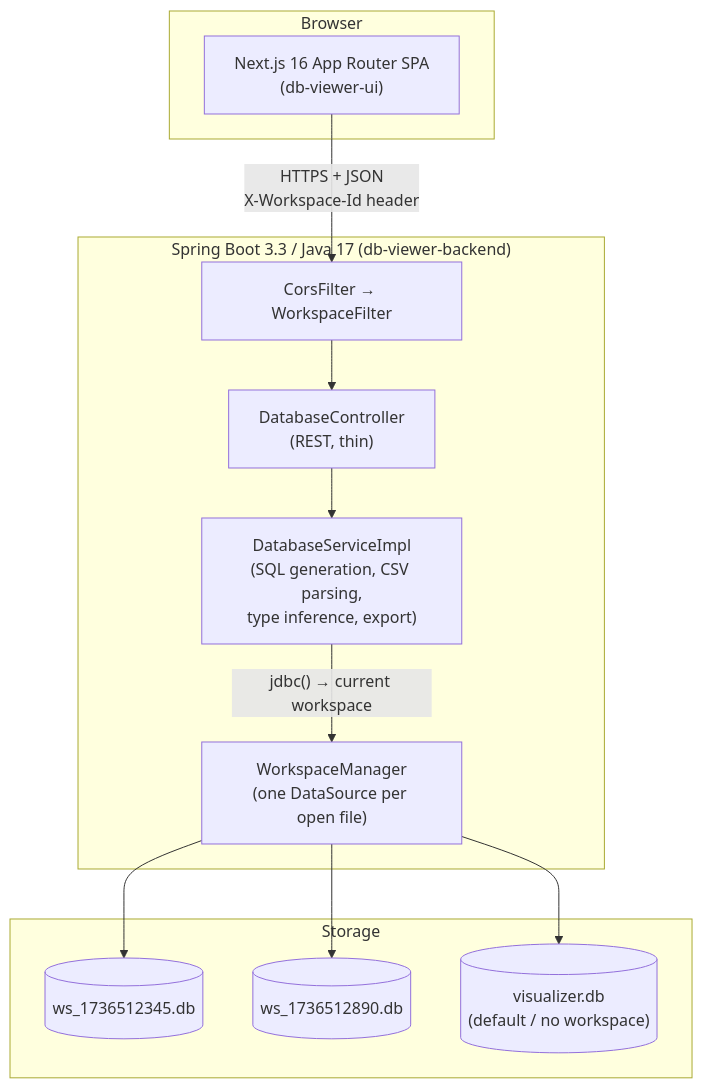
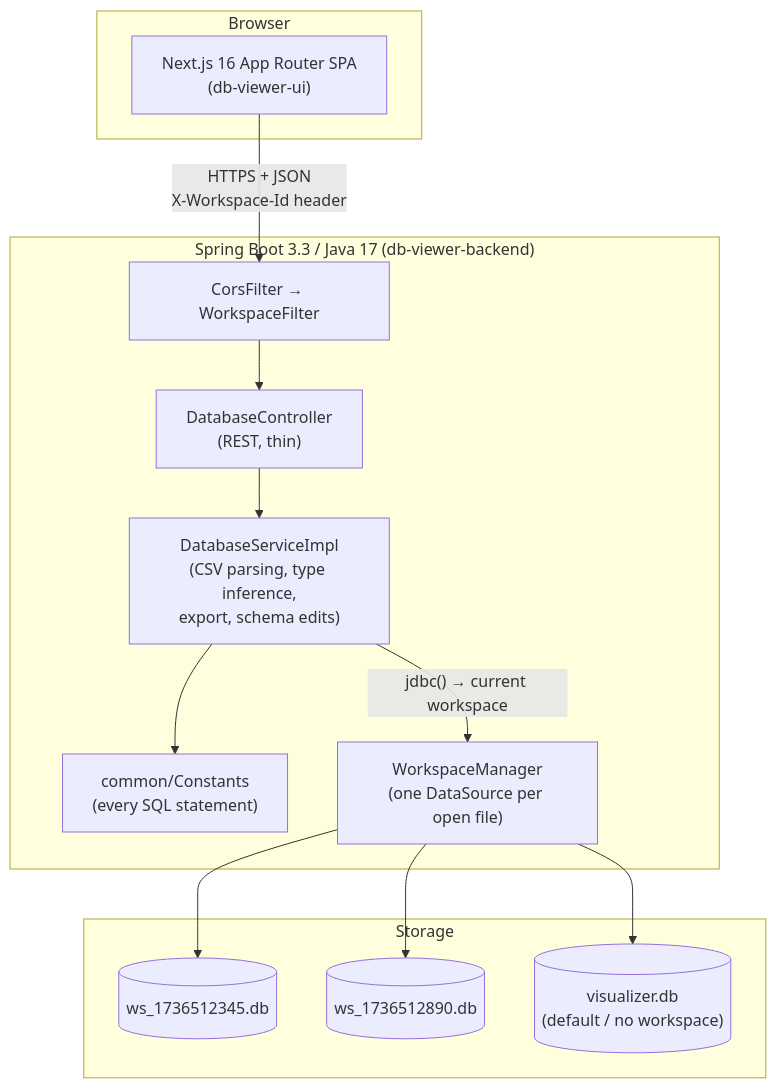
Before and after one commit to Srivatsa-Nayak/db-viewer: the first of 7 diagrams in docs/SYSTEM-DESIGN.md, drawn with Mermaid. The commit also changed other lines of this file and 132 other files, not shown here.

````diff
--- a/docs/SYSTEM-DESIGN.md
+++ b/docs/SYSTEM-DESIGN.md
@@ -31,27 +31,29 @@
 ```mermaid
 flowchart TB
     subgraph Browser["Browser"]
         UI["Next.js 16 App Router SPA<br/>(db-viewer-ui)"]
     end
 
     subgraph Server["Spring Boot 3.3 / Java 17 (db-viewer-backend)"]
         FILTERS["CorsFilter → WorkspaceFilter"]
         CTRL["DatabaseController<br/>(REST, thin)"]
-        SVC["DatabaseServiceImpl<br/>(SQL generation, CSV parsing,<br/>type inference, export)"]
+        SVC["DatabaseServiceImpl<br/>(CSV parsing, type inference,<br/>export, schema edits)"]
+        CONST["common/Constants<br/>(every SQL statement)"]
         WSM["WorkspaceManager<br/>(one DataSource per open file)"]
+        SVC --> CONST
     end
 
     subgraph Storage["Storage"]
         DB1[("ws_1736512345.db")]
         DB2[("ws_1736512890.db")]
         DBD[("visualizer.db<br/>(default / no workspace)")]
     end
 
     UI -- "HTTPS + JSON<br/>X-Workspace-Id header" --> FILTERS
     FILTERS --> CTRL
     CTRL --> SVC
     SVC -- "jdbc() → current workspace" --> WSM
     WSM --> DB1
     WSM --> DB2
     WSM --> DBD
 ```
````
